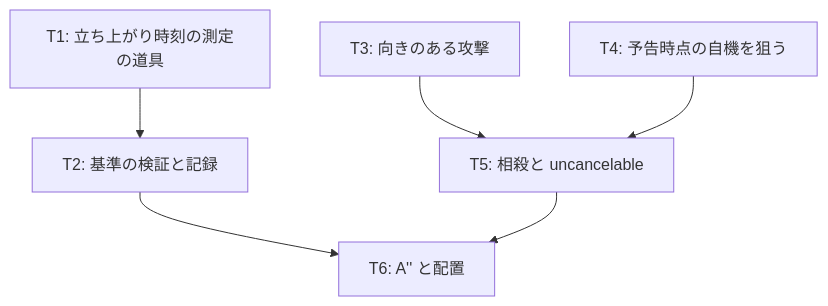
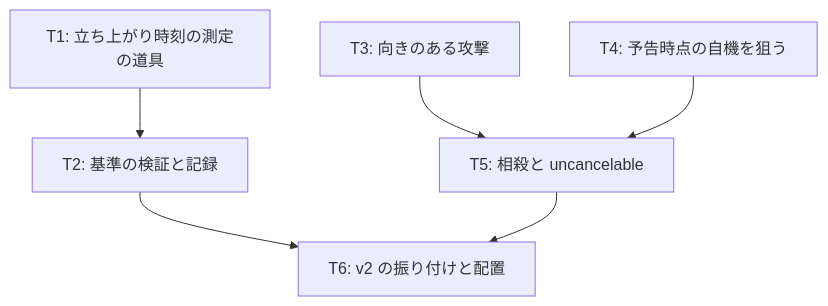
One commit to pokadokan-boop/music_action_lab changed the diagram in docs/plan/v2-phase1.md. Above: the diagram before and after it, drawn with Mermaid. The commit also changed other lines of this file and 3 other files, not shown here.

````diff
--- a/docs/plan/v2-phase1.md
+++ b/docs/plan/v2-phase1.md
@@ -40,8 +50,8 @@
 ```mermaid
 graph TD
     T1[T1: 立ち上がり時刻の測定の道具] --> T2[T2: 基準の検証と記録]
-    T2 --> T6[T6: A'' と配置]
+    T2 --> T6[T6: v2 の振り付けと配置]
     T3[T3: 向きのある攻撃] --> T5[T5: 相殺と uncancelable]
     T4[T4: 予告時点の自機を狙う] --> T5
     T5 --> T6
 ```
````
